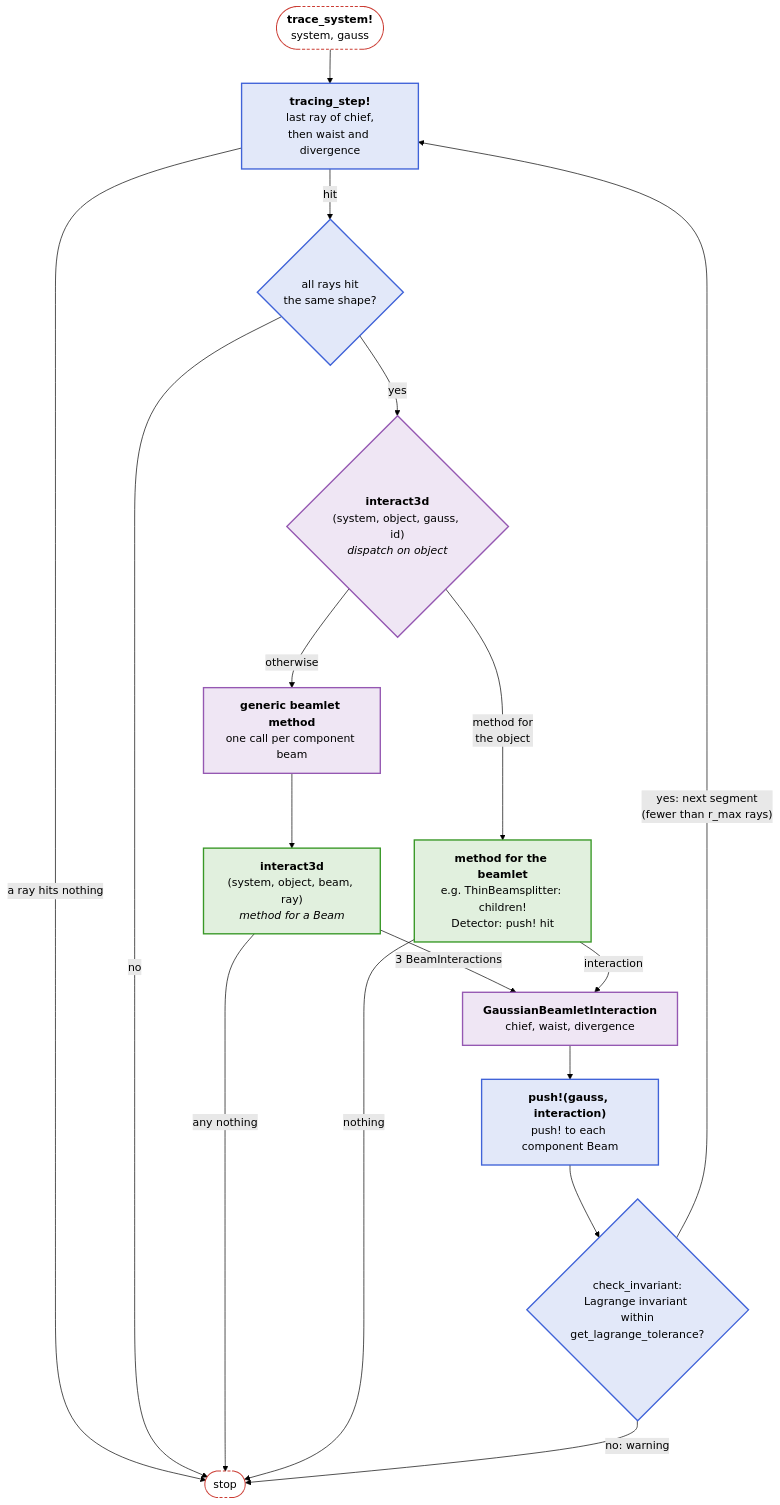
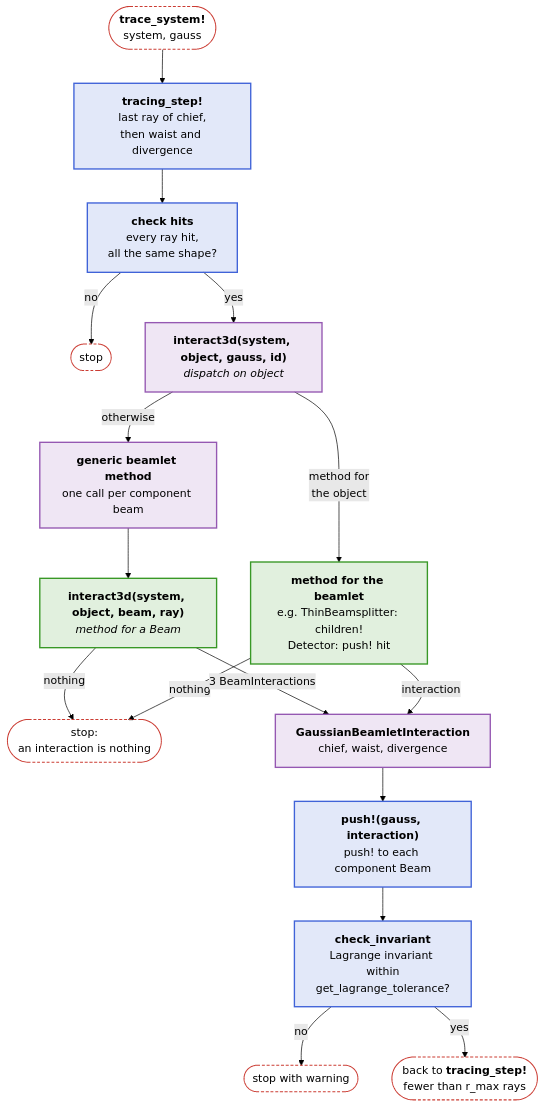
One commit to JuliaPhysics/BeamletOptics.jl changed the second of 4 diagrams in docs/src/api/beams.md. Above: the diagram before and after it, drawn with Mermaid (forest theme). The commit also changed other lines of this file and 8 other files, not shown here.

First line of the commit message:
Docs: diagrams narrow and colored by group, rules in "Readable diagrams"

````diff
--- a/docs/src/api/beams.md
+++ b/docs/src/api/beams.md
@@ -40,40 +39,40 @@
 ```mermaid
 flowchart TB
     S(["<b>trace_system!</b><br/>system, gauss"])
     T["<b>tracing_step!</b><br/>last ray of chief,<br/>then waist and divergence"]
-    C{"all rays hit<br/>the same shape?"}
-    I{"<b>interact3d</b><br/>(system, object, gauss, id)<br/><i>dispatch on object</i>"}
+    C["<b>check hits</b><br/>every ray hit,<br/>all the same shape?"]
+    E1(["stop"])
+    I["<b>interact3d(system, object, gauss, id)</b><br/><i>dispatch on object</i>"]
     OWN["<b>method for the beamlet</b><br/>e.g. ThinBeamsplitter: children!<br/>Detector: push! hit"]
     GEN["<b>generic beamlet method</b><br/>one call per component beam"]
-    CB["<b>interact3d</b><br/>(system, object, beam, ray)<br/><i>method for a Beam</i>"]
+    CB["<b>interact3d(system, object, beam, ray)</b><br/><i>method for a Beam</i>"]
+    E2(["stop:<br/>an interaction is nothing"])
     GBI["<b>GaussianBeamletInteraction</b><br/>chief, waist, divergence"]
     P["<b>push!(gauss, interaction)</b><br/>push! to each component Beam"]
-    K{"check_invariant:<br/>Lagrange invariant within<br/>get_lagrange_tolerance?"}
-    E([stop])
+    K["<b>check_invariant</b><br/>Lagrange invariant within<br/>get_lagrange_tolerance?"]
+    E3(["stop with warning"])
+    AGAIN(["back to <b>tracing_step!</b><br/>fewer than r_max rays"])
 
-    S --> T
-    T -- "a ray hits nothing" --> E
-    T -- hit --> C
-    C -- no --> E
+    S --> T --> C
+    C -- no --> E1
     C -- yes --> I
     I -- "method for<br/>the object" --> OWN
     I -- otherwise --> GEN
     GEN --> CB
+    CB -- nothing --> E2
+    OWN -- nothing --> E2
     CB -- "3 BeamInteractions" --> GBI
-    CB -- "any nothing" --> E
     OWN -- interaction --> GBI
-    OWN -- nothing --> E
-    GBI --> P
-    P --> K
-    K -- "no: warning" --> E
-    K -- "yes: next segment<br/>(fewer than r_max rays)" --> T
+    GBI --> P --> K
+    K -- no --> E3
+    K -- yes --> AGAIN
 
     classDef blue fill:#4063D826,stroke:#4063D8,stroke-width:2px
     classDef green fill:#38982626,stroke:#389826,stroke-width:2px
     classDef purple fill:#9558B226,stroke:#9558B2,stroke-width:2px
     classDef terminal fill:transparent,stroke:#CB3C33,stroke-width:1.5px,stroke-dasharray:4 3
     class T,C,P,K blue
     class I,GEN,GBI purple
     class OWN,CB green
-    class S,E terminal
+    class S,E1,E2,E3,AGAIN terminal
 ```
````
